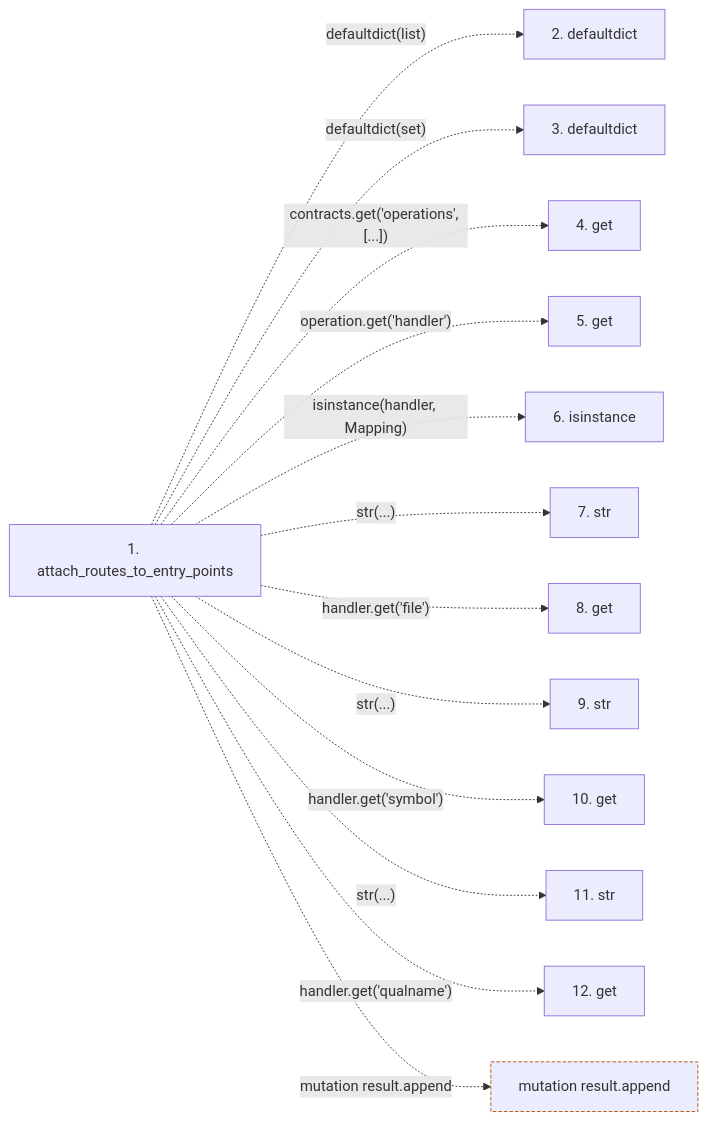
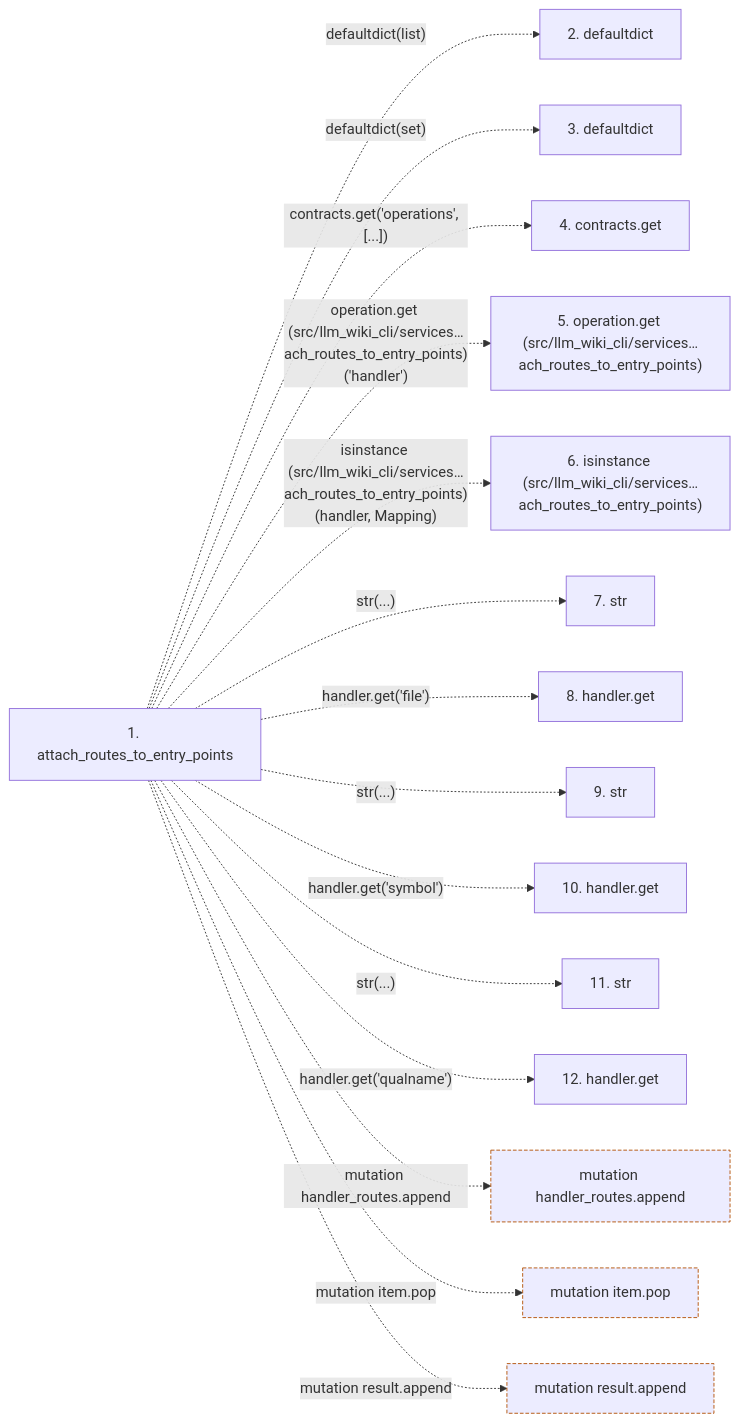
Before and after one commit to Denissvgn/python-wiki-llm: the second of 2 diagrams in docs/llm_wiki/flows/api-attach_routes_to_entry_points.md, drawn with Mermaid. The commit also changed other lines of this file and 719 other files, not shown here.

````diff
--- a/docs/llm_wiki/flows/api-attach_routes_to_entry_points.md
+++ b/docs/llm_wiki/flows/api-attach_routes_to_entry_points.md
@@ -62,31 +69,37 @@
 ```mermaid
 flowchart LR
     s1["1. attach_routes_to_entry_points"]
     s2["2. defaultdict"]
     s3["3. defaultdict"]
-    s4["4. get"]
-    s5["5. get"]
-    s6["6. isinstance"]
+    s4["4. contracts.get"]
+    s5["5. operation.get (src/llm_wiki_cli/services…ach_routes_to_entry_points)"]
+    s6["6. isinstance (src/llm_wiki_cli/services…ach_routes_to_entry_points)"]
     s7["7. str"]
-    s8["8. get"]
+    s8["8. handler.get"]
     s9["9. str"]
-    s10["10. get"]
+    s10["10. handler.get"]
     s11["11. str"]
-    s12["12. get"]
+    s12["12. handler.get"]
     s1 -. "defaultdict(list)" .-> s2
     s1 -. "defaultdict(set)" .-> s3
     s1 -. "contracts.get('operations', [...])" .-> s4
-    s1 -. "operation.get('handler')" .-> s5
-    s1 -. "isinstance(handler, Mapping)" .-> s6
+    s1 -. "operation.get (src/llm_wiki_cli/services…ach_routes_to_entry_points)('handler')" .-> s5
+    s1 -. "isinstance (src/llm_wiki_cli/services…ach_routes_to_entry_points)(handler, Mapping)" .-> s6
     s1 -. "str(...)" .-> s7
     s1 -. "handler.get('file')" .-> s8
     s1 -. "str(...)" .-> s9
     s1 -. "handler.get('symbol')" .-> s10
     s1 -. "str(...)" .-> s11
     s1 -. "handler.get('qualname')" .-> s12
-    b0["mutation result.append"]
-    s1 -. "mutation result.append" .-> b0
+    b0["mutation handler_routes.append"]
+    s1 -. "mutation handler_routes.append" .-> b0
+    b1["mutation item.pop"]
+    s1 -. "mutation item.pop" .-> b1
+    b2["mutation result.append"]
+    s1 -. "mutation result.append" .-> b2
     click s1 "../modules/api_contracts.md"
     classDef boundary stroke:#b45309,stroke-dasharray: 4 2
     class b0 boundary
+    class b1 boundary
+    class b2 boundary
 ```
````
